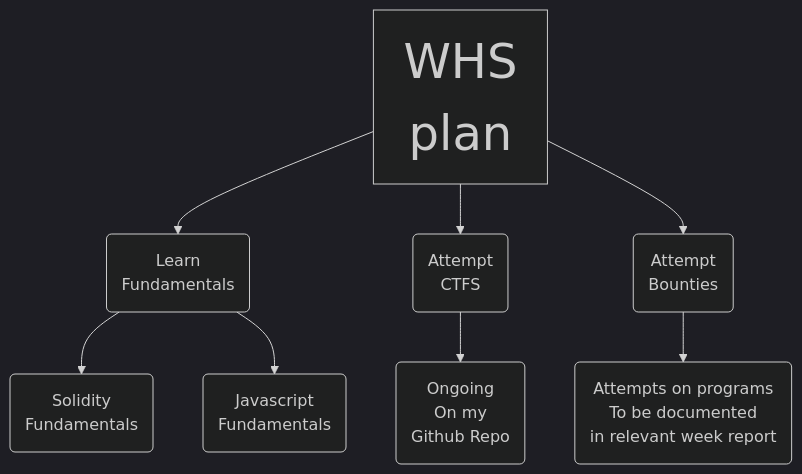
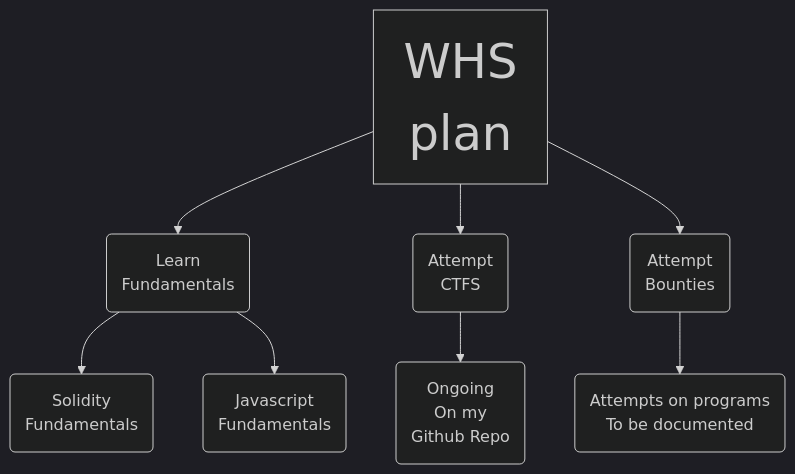
Before and after one commit to m0ham3dx/Immunefi-WHS-Report: the first of 3 diagrams in b1/src/c2.md, drawn with Mermaid. The commit also changed other lines of this file and 3 other files, not shown here.

````diff
--- a/b1/src/c2.md
+++ b/b1/src/c2.md
@@ -25,18 +25,18 @@
 ```mermaid
 %%{init: {'theme':'dark'}}%%
 flowchart TD
 	A[<font size=22px> WHS <br> plan <br>]-->B(Learn<br>Fundamentals )
 	
 	A --> C(Attempt<br>CTFS)
 	A --> D(Attempt<br>Bounties)
 	
 	B --> b1(Solidity<br>Fundamentals)
 
 	B --> b2(Javascript<br>Fundamentals)
 	
 	C --> c1(Ongoing<br>On my<br>Github Repo)
 				click c1 href "https://github.com/m0ham3dx/mxweb3ctfs" "M0ham3dx Github Repo" _blank
 	
-	D --> d1(Attempts on programs <br> To be documented <br> in relevant week report)
+	D --> d1(Attempts on programs <br> To be documented)
 
 ```
````
